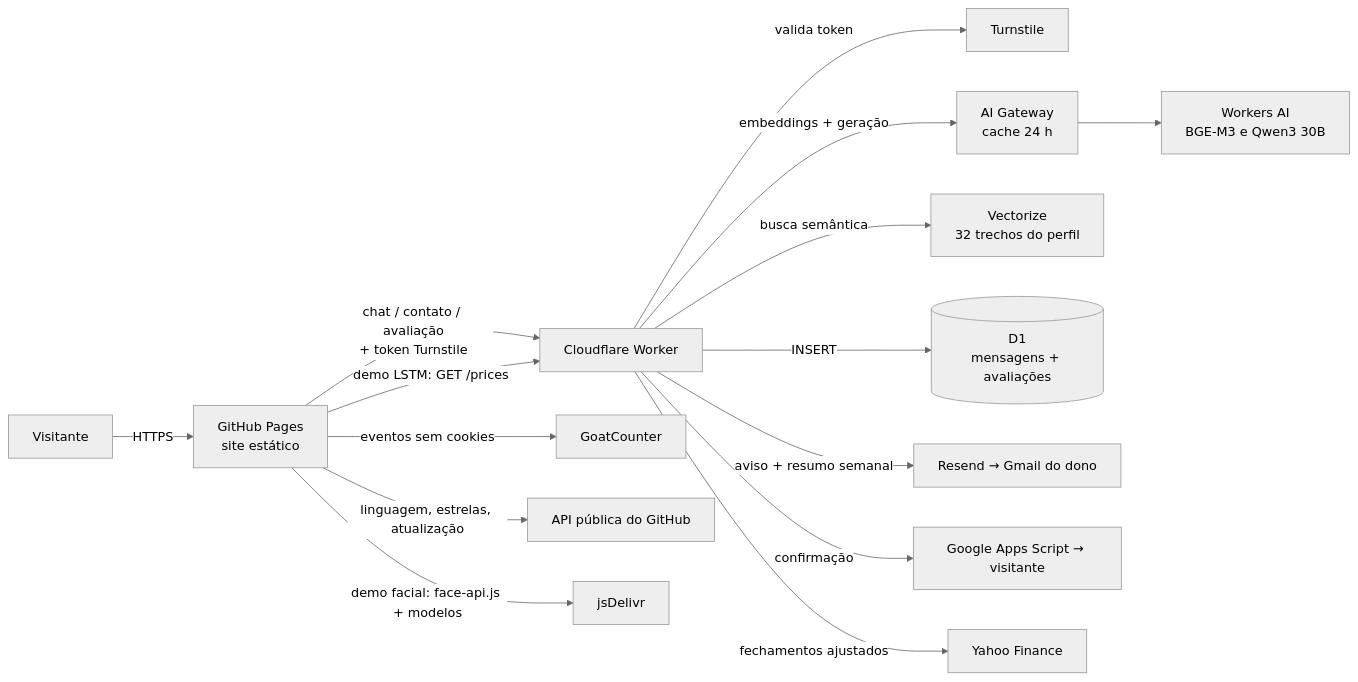
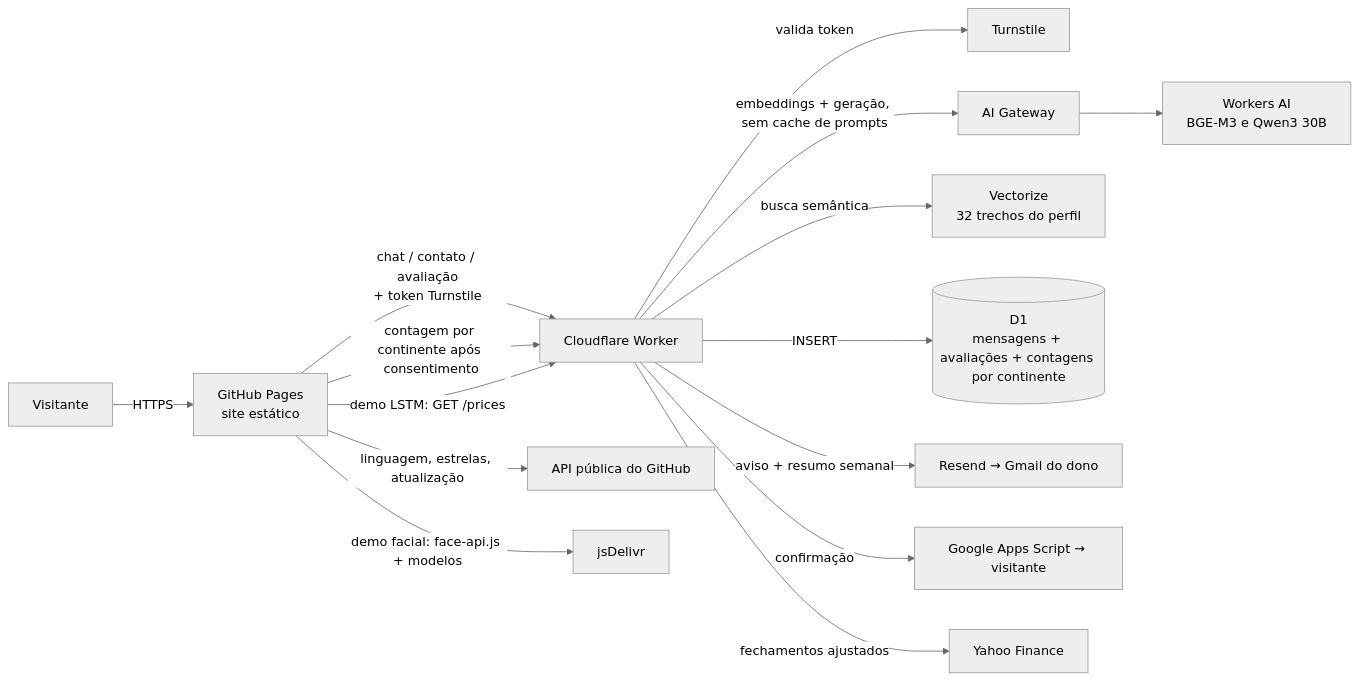
One commit to emanueleborges/emanueleborges.github.io changed the diagram in README.pt-BR.md. Above: the diagram before and after it, drawn with Mermaid (neutral theme). The commit also changed other lines of this file and 41 other files, not shown here.

````diff
--- a/README.pt-BR.md
+++ b/README.pt-BR.md
@@ -63,17 +63,17 @@
 ```mermaid
 flowchart LR
   V[Visitante] -->|HTTPS| GP[GitHub Pages<br/>site estático]
   GP -->|chat / contato / avaliação<br/>+ token Turnstile| W[Cloudflare Worker]
   W -->|valida token| TS[Turnstile]
-  W -->|embeddings + geração| GW[AI Gateway<br/>cache 24 h]
+  W -->|embeddings + geração, sem cache de prompts| GW[AI Gateway]
   GW --> AI[Workers AI<br/>BGE-M3 e Qwen3 30B]
   W -->|busca semântica| VZ[Vectorize<br/>32 trechos do perfil]
-  W -->|INSERT| D1[(D1<br/>mensagens + avaliações)]
+  W -->|INSERT| D1[(D1<br/>mensagens + avaliações + contagens por continente)]
   W -->|aviso + resumo semanal| RS[Resend → Gmail do dono]
   W -->|confirmação| GAS[Google Apps Script → visitante]
-  GP -->|eventos sem cookies| GC[GoatCounter]
+  GP -->|contagem por continente após consentimento| W
   GP -->|linguagem, estrelas, atualização| GH[API pública do GitHub]
   GP -->|demo LSTM: GET /prices| W
   W -->|fechamentos ajustados| YF[Yahoo Finance]
   GP -->|demo facial: face-api.js + modelos| CDN[jsDelivr]
 ```
````
